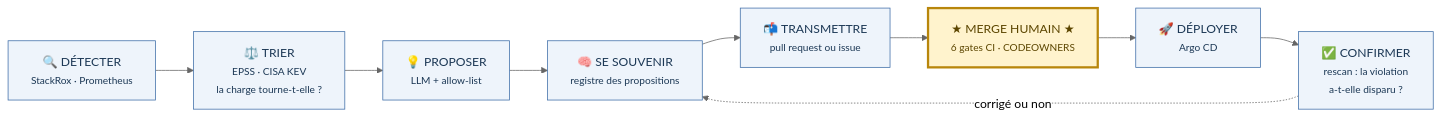
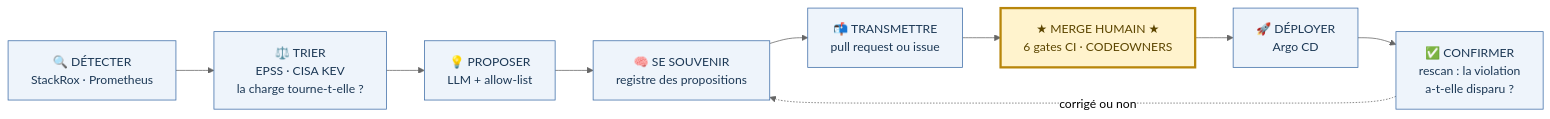
One commit to yosrtaktak/stage-sre-plateforme changed the first of 2 diagrams in README.md. Above: the diagram before and after it, drawn with Mermaid (neutral theme). The commit also changed other lines of this file, not shown here.

Commit message:
fix(docs): mermaid n accepte que <br/> dans les libelles

````diff
--- a/README.md
+++ b/README.md
@@ -63,19 +63,19 @@
 ```mermaid
 flowchart LR
-    A["🔍 DÉTECTER<br/><small>StackRox · Prometheus</small>"]
-    B["⚖️ TRIER<br/><small>EPSS · CISA KEV<br/>la charge tourne-t-elle ?</small>"]
-    C["💡 PROPOSER<br/><small>LLM + allow-list</small>"]
-    D["🧠 SE SOUVENIR<br/><small>registre des propositions</small>"]
-    E["📬 TRANSMETTRE<br/><small>pull request ou issue</small>"]
-    F["★ MERGE HUMAIN ★<br/><small>6 gates CI · CODEOWNERS</small>"]
-    G["🚀 DÉPLOYER<br/><small>Argo CD</small>"]
-    H["✅ CONFIRMER<br/><small>rescan : la violation<br/>a-t-elle disparu ?</small>"]
+    A["🔍 DÉTECTER<br/>StackRox · Prometheus"]
+    B["⚖️ TRIER<br/>EPSS · CISA KEV<br/>la charge tourne-t-elle ?"]
+    C["💡 PROPOSER<br/>LLM + allow-list"]
+    D["🧠 SE SOUVENIR<br/>registre des propositions"]
+    E["📬 TRANSMETTRE<br/>pull request ou issue"]
+    F["★ MERGE HUMAIN ★<br/>6 gates CI · CODEOWNERS"]
+    G["🚀 DÉPLOYER<br/>Argo CD"]
+    H["✅ CONFIRMER<br/>rescan : la violation<br/>a-t-elle disparu ?"]
 
     A --> B --> C --> D --> E --> F --> G --> H
     H -. corrigé ou non .-> D
 
     classDef humain fill:#fff3cd,stroke:#b8860b,stroke-width:3px,color:#5c4600
     classDef auto fill:#eef4fb,stroke:#3f6ea8,color:#1c3855
     class F humain
     class A,B,C,D,E,G,H auto
 ```
````
